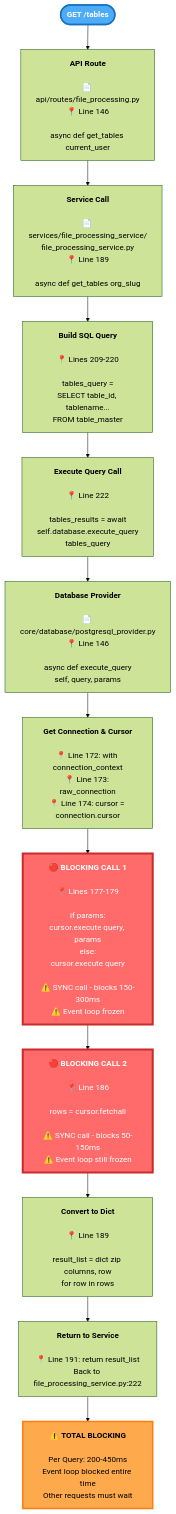
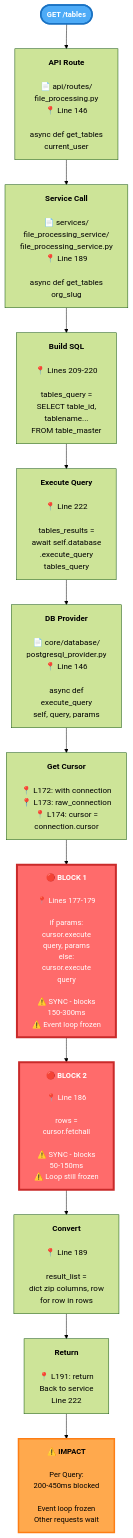
One commit to Amnraj12/try changed the second of 2 diagrams in README.md. Above: the diagram before and after it, drawn with Mermaid (forest theme).

Commit message:
Update flowchart in README for clarity

````diff
--- a/README.md
+++ b/README.md
@@ -37,31 +37,31 @@
 ```mermaid
 flowchart TD
     Start([<b>GET /tables</b>])
     
-    Start --> API[<b>API Route</b><br/><br/>📄 api/routes/file_processing.py<br/>📍 Line 146<br/><br/>async def get_tables current_user]
+    Start --> API["<b>API Route</b><br/><br/>📄 api/routes/<br/>file_processing.py<br/>📍 Line 146<br/><br/>async def get_tables<br/>current_user"]
     
-    API --> Service[<b>Service Call</b><br/><br/>📄 services/file_processing_service/<br/>file_processing_service.py<br/>📍 Line 189<br/><br/>async def get_tables org_slug]
+    API --> Service["<b>Service Call</b><br/><br/>📄 services/<br/>file_processing_service/<br/>file_processing_service.py<br/>📍 Line 189<br/><br/>async def get_tables<br/>org_slug"]
     
-    Service --> BuildQuery[<b>Build SQL Query</b><br/><br/>📍 Lines 209-220<br/><br/>tables_query =<br/>SELECT table_id, tablename...<br/>FROM table_master]
+    Service --> BuildQuery["<b>Build SQL</b><br/><br/>📍 Lines 209-220<br/><br/>tables_query =<br/>SELECT table_id,<br/>tablename...<br/>FROM table_master"]
     
-    BuildQuery --> Execute[<b>Execute Query Call</b><br/><br/>📍 Line 222<br/><br/>tables_results = await<br/>self.database.execute_query<br/>tables_query]
+    BuildQuery --> Execute["<b>Execute Query</b><br/><br/>📍 Line 222<br/><br/>tables_results =<br/>await self.database<br/>.execute_query<br/>tables_query"]
     
-    Execute --> Provider[<b>Database Provider</b><br/><br/>📄 core/database/postgresql_provider.py<br/>📍 Line 146<br/><br/>async def execute_query<br/>self, query, params]
+    Execute --> Provider["<b>DB Provider</b><br/><br/>📄 core/database/<br/>postgresql_provider.py<br/>📍 Line 146<br/><br/>async def<br/>execute_query<br/>self, query, params"]
     
-    Provider --> GetConn[<b>Get Connection & Cursor</b><br/><br/>📍 Line 172: with connection_context<br/>📍 Line 173: raw_connection<br/>📍 Line 174: cursor = connection.cursor]
+    Provider --> GetConn["<b>Get Cursor</b><br/><br/>📍 L172: with connection<br/>📍 L173: raw_connection<br/>📍 L174: cursor =<br/>connection.cursor"]
     
-    GetConn --> Block1[<b>🔴 BLOCKING CALL 1</b><br/><br/>📍 Lines 177-179<br/><br/>if params:<br/>cursor.execute query, params<br/>else:<br/>cursor.execute query<br/><br/>⚠️ SYNC call - blocks 150-300ms<br/>⚠️ Event loop frozen]
+    GetConn --> Block1["<b>🔴 BLOCK 1</b><br/><br/>📍 Lines 177-179<br/><br/>if params:<br/>cursor.execute<br/>query, params<br/>else:<br/>cursor.execute<br/>query<br/><br/>⚠️ SYNC - blocks<br/>150-300ms<br/>⚠️ Event loop frozen"]
     
-    Block1 --> Block2[<b>🔴 BLOCKING CALL 2</b><br/><br/>📍 Line 186<br/><br/>rows = cursor.fetchall<br/><br/>⚠️ SYNC call - blocks 50-150ms<br/>⚠️ Event loop still frozen]
+    Block1 --> Block2["<b>🔴 BLOCK 2</b><br/><br/>📍 Line 186<br/><br/>rows =<br/>cursor.fetchall<br/><br/>⚠️ SYNC - blocks<br/>50-150ms<br/>⚠️ Loop still frozen"]
     
-    Block2 --> Convert[<b>Convert to Dict</b><br/><br/>📍 Line 189<br/><br/>result_list = dict zip columns, row<br/>for row in rows]
+    Block2 --> Convert["<b>Convert</b><br/><br/>📍 Line 189<br/><br/>result_list =<br/>dict zip columns, row<br/>for row in rows"]
     
-    Convert --> Return[<b>Return to Service</b><br/><br/>📍 Line 191: return result_list<br/>Back to file_processing_service.py:222]
+    Convert --> Return["<b>Return</b><br/><br/>📍 L191: return<br/>Back to service<br/>Line 222"]
     
-    Return --> Impact[<b>⚠️ TOTAL BLOCKING</b><br/><br/>Per Query: 200-450ms<br/>Event loop blocked entire time<br/>Other requests must wait]
+    Return --> Impact["<b>⚠️ IMPACT</b><br/><br/>Per Query:<br/>200-450ms blocked<br/><br/>Event loop frozen<br/>Other requests wait"]
     
-    style Block1 fill:#ff6b6b,stroke:#c92a2a,stroke-width:4px,color:#fff,font-size:16px
-    style Block2 fill:#ff6b6b,stroke:#c92a2a,stroke-width:4px,color:#fff,font-size:16px
-    style Impact fill:#ffa94d,stroke:#fd7e14,stroke-width:3px,color:#000,font-size:16px
-    style Start fill:#4dabf7,stroke:#1971c2,stroke-width:3px,color:#fff,font-size:16px
+    style Block1 fill:#ff6b6b,stroke:#c92a2a,stroke-width:4px,color:#fff,font-size:15px
+    style Block2 fill:#ff6b6b,stroke:#c92a2a,stroke-width:4px,color:#fff,font-size:15px
+    style Impact fill:#ffa94d,stroke:#fd7e14,stroke-width:3px,color:#000,font-size:15px
+    style Start fill:#4dabf7,stroke:#1971c2,stroke-width:3px,color:#fff,font-size:15px
 ```
````
